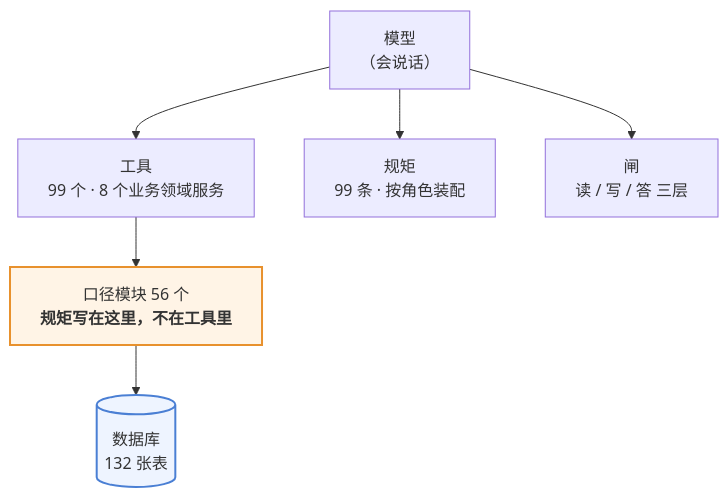
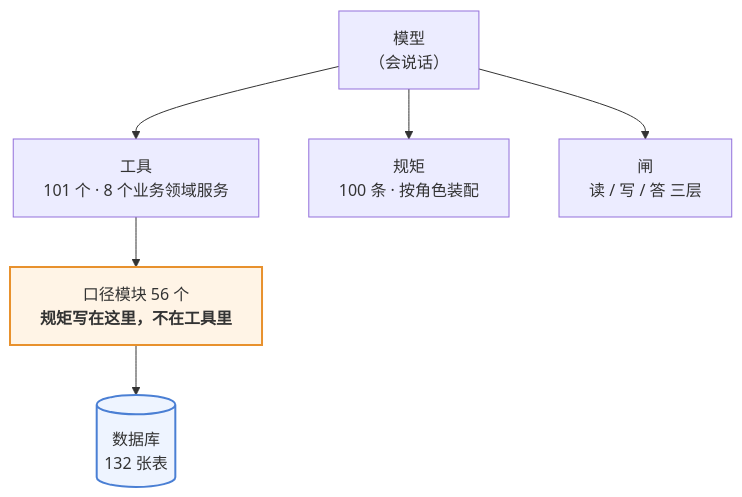
One commit to 843773296-rgb/lanxiu-yunshang-agent changed the first of 3 diagrams in 澜绣云裳agent-产品说明.md. Above: the diagram before and after it, drawn with Mermaid. The commit also changed other lines of this file and 12 other files, not shown here.

First line of the commit message:
顾问和版师能在聊天里看商品图;缺工具时助手问清需求、代写能力申请单,用户点确认提交

````diff
--- a/澜绣云裳agent-产品说明.md
+++ b/澜绣云裳agent-产品说明.md
@@ -62,12 +62,12 @@
 ```mermaid
 flowchart TD
     M["模型<br/>（会说话）"]
-    M --> T["工具<br/>99 个 · 8 个业务领域服务"]
-    M --> R["规矩<br/>99 条 · 按角色装配"]
+    M --> T["工具<br/>101 个 · 8 个业务领域服务"]
+    M --> R["规矩<br/>100 条 · 按角色装配"]
     M --> G["闸<br/>读 / 写 / 答 三层"]
     T --> K["口径模块 56 个<br/><b>规矩写在这里，不在工具里</b>"]
     K --> DB[("数据库<br/>132 张表")]
 
     style K fill:#fff4e6,stroke:#e8912d,stroke-width:2px
     style DB fill:#eef4ff,stroke:#4a7fd4,stroke-width:2px
 ```
````
